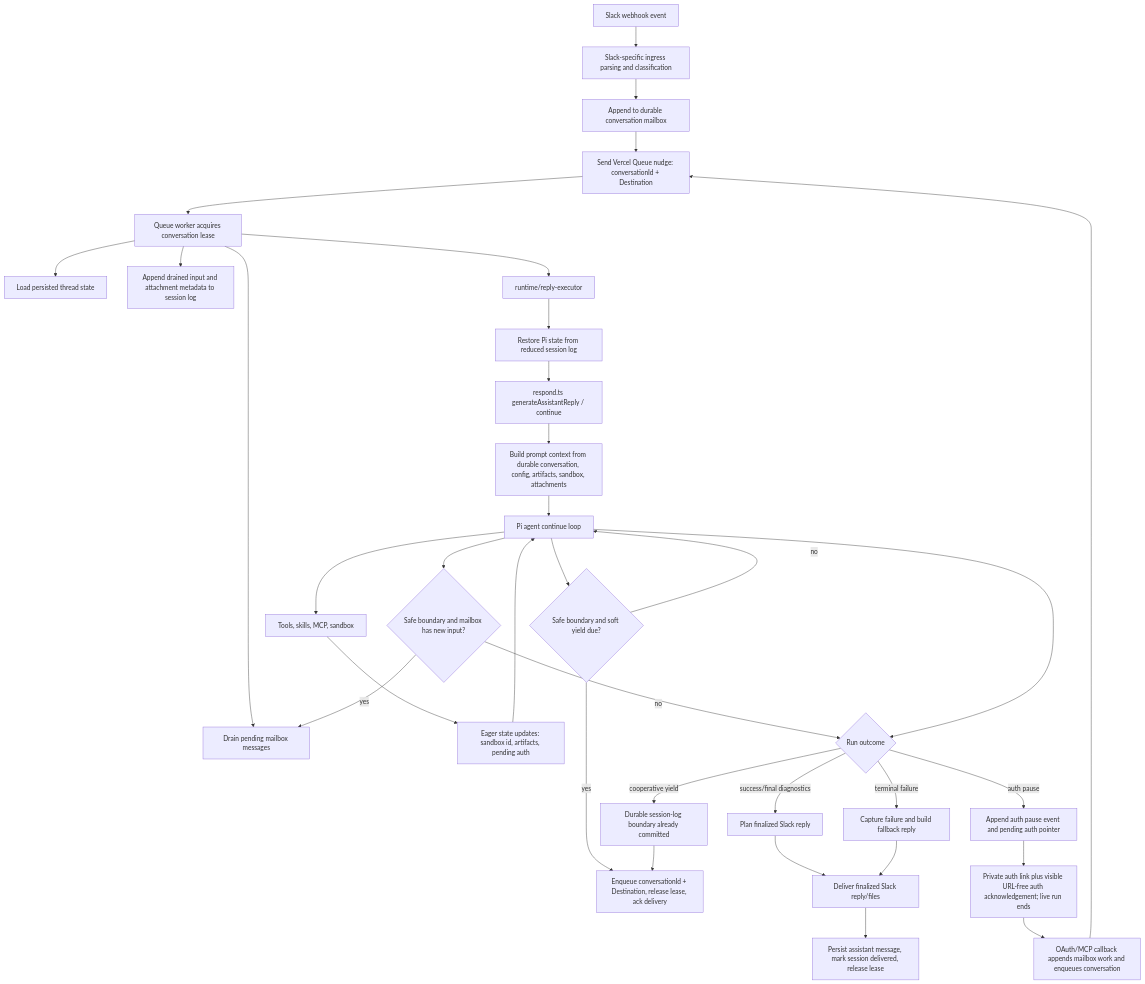
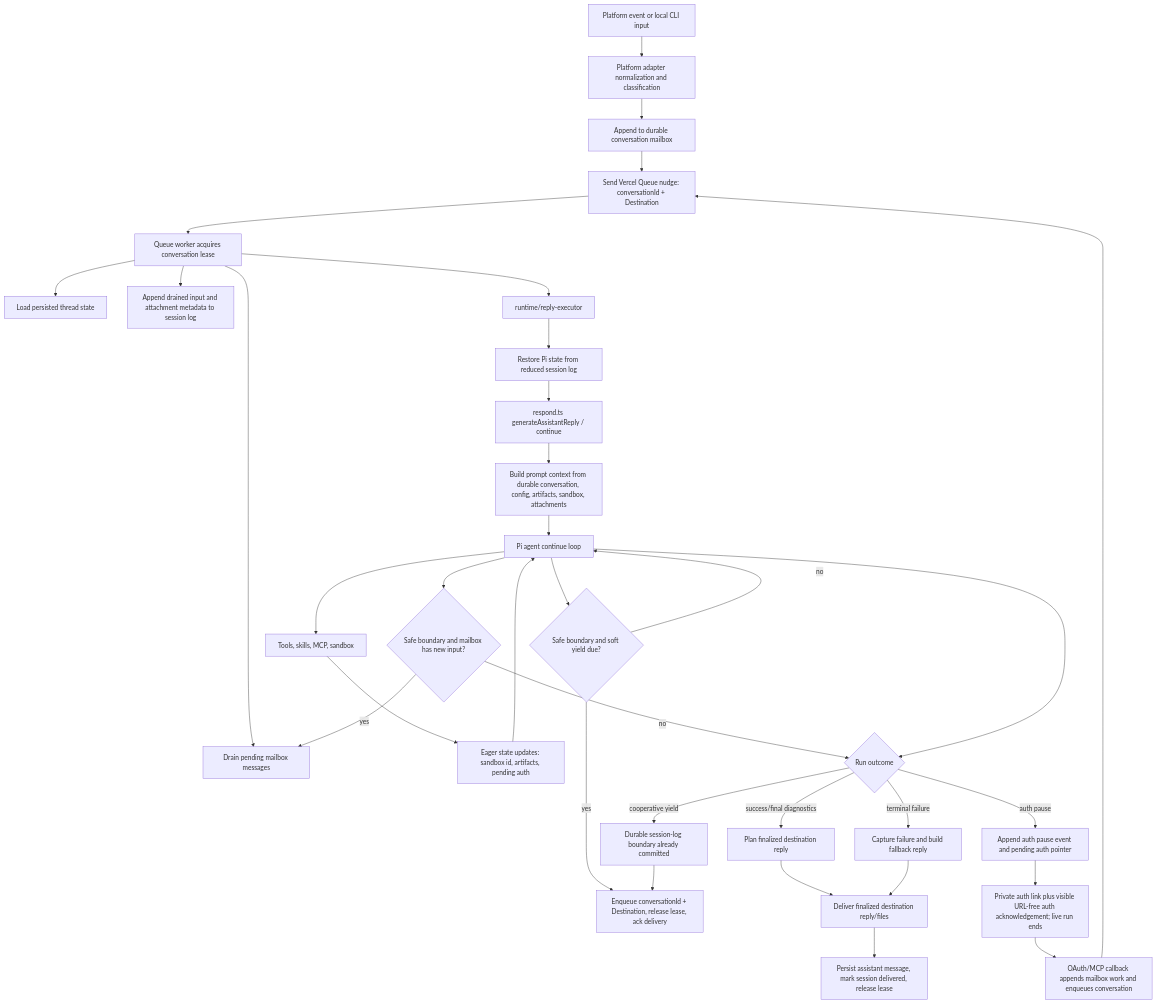
Before and after one commit to getsentry/junior: the diagram in specs/chat-architecture.md, drawn with Mermaid. The commit also changed other lines of this file and 37 other files, not shown here.

First line of the commit message:
feat(cli): Add local agent chat

````diff
--- a/specs/chat-architecture.md
+++ b/specs/chat-architecture.md
@@ -40,36 +41,36 @@
 ```mermaid
 flowchart TD
-  A[Slack webhook event] --> B[Slack-specific ingress parsing and classification]
+  A[Platform event or local CLI input] --> B[Platform adapter normalization and classification]
   B --> C[Append to durable conversation mailbox]
   C --> D[Send Vercel Queue nudge: conversationId + Destination]
   D --> E[Queue worker acquires conversation lease]
   E --> E1[Load persisted thread state]
   E --> E2[Drain pending mailbox messages]
   E --> E3[Append drained input and attachment metadata to session log]
   E --> F[runtime/reply-executor]
   F --> G[Restore Pi state from reduced session log]
   G --> J[respond.ts generateAssistantReply / continue]
   J --> K[Build prompt context from durable conversation, config, artifacts, sandbox, attachments]
   K --> L[Pi agent continue loop]
   L --> M[Tools, skills, MCP, sandbox]
   M --> N[Eager state updates: sandbox id, artifacts, pending auth]
   N --> L
   L --> Y{Safe boundary and soft yield due?}
   Y -->|yes| YA[Enqueue conversationId + Destination, release lease, ack delivery]
   Y -->|no| L
   L --> Z{Safe boundary and mailbox has new input?}
   Z -->|yes| E2
   Z -->|no| O
   L --> O{Run outcome}
-  O -->|success/final diagnostics| P[Plan finalized Slack reply]
+  O -->|success/final diagnostics| P[Plan finalized destination reply]
   O -->|auth pause| Q[Append auth pause event and pending auth pointer]
   O -->|cooperative yield| R[Durable session-log boundary already committed]
   O -->|terminal failure| S[Capture failure and build fallback reply]
   R --> YA
   Q --> V[Private auth link plus visible URL-free auth acknowledgement; live run ends]
   V --> AB[OAuth/MCP callback appends mailbox work and enqueues conversation]
-  P --> W[Deliver finalized Slack reply/files]
+  P --> W[Deliver finalized destination reply/files]
   S --> W
   W --> X[Persist assistant message, mark session delivered, release lease]
   AB --> D
 ```
````
